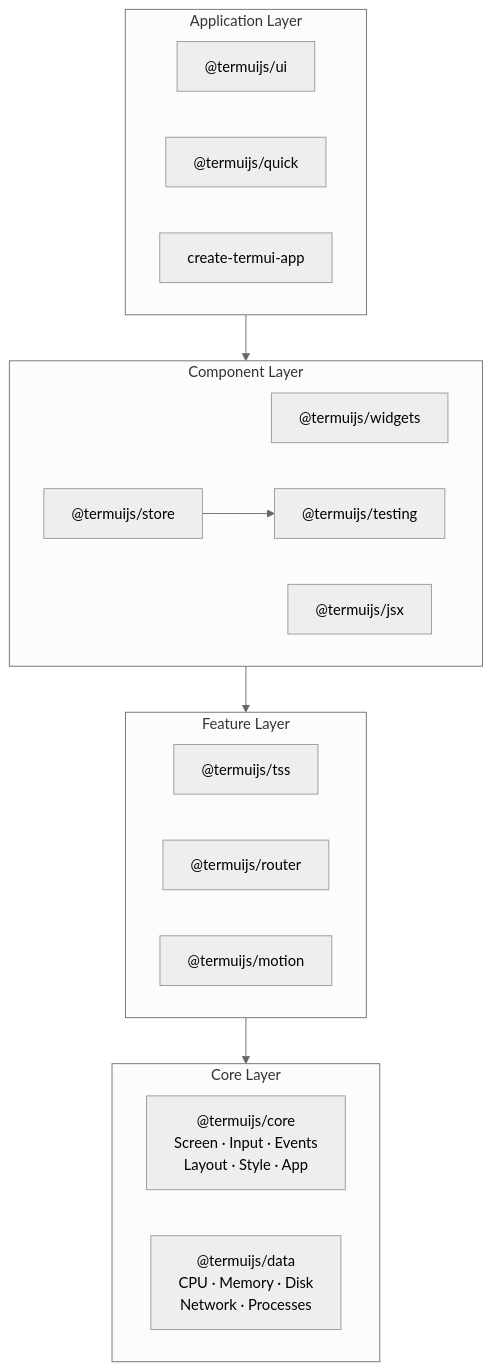
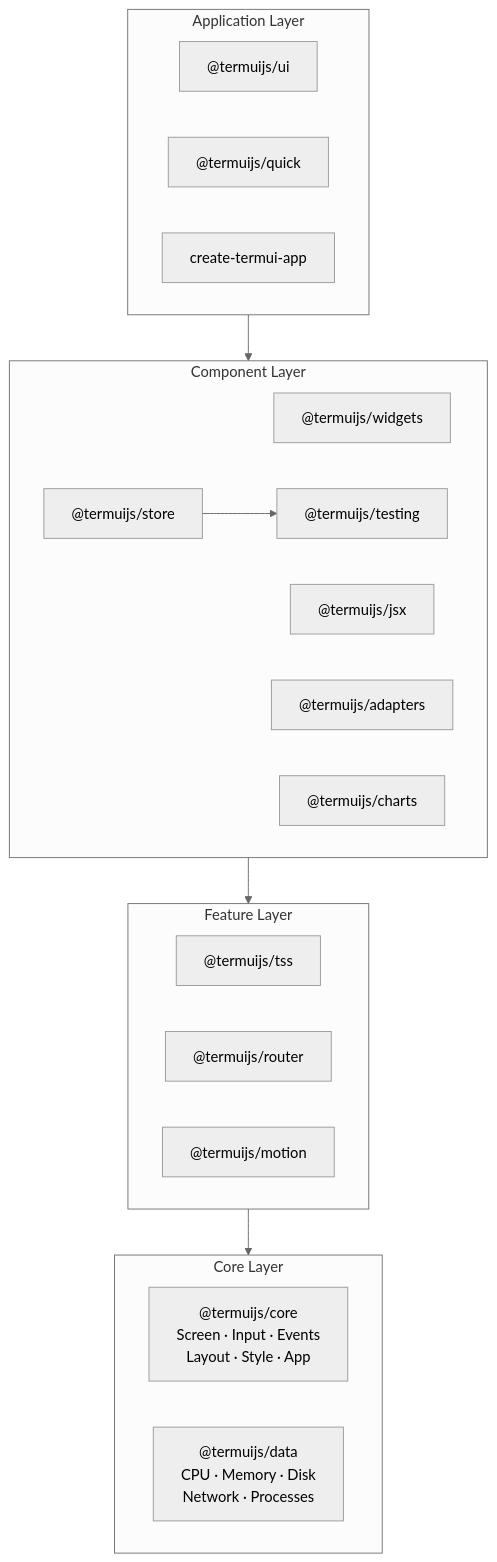
One commit to Karanjot786/TermUI_Docs changed the diagram in public/docs/getting-started/architecture.md. Above: the diagram before and after it, drawn with Mermaid (neutral theme). The commit also changed other lines of this file and 39 other files, not shown here.

````diff
--- a/public/docs/getting-started/architecture.md
+++ b/public/docs/getting-started/architecture.md
@@ -13,27 +13,29 @@
 ```mermaid
 graph TB
   subgraph L0["Application Layer"]
     ui["@termuijs/ui"]
     quick["@termuijs/quick"]
     create["create-termui-app"]
   end
   subgraph L1["Component Layer"]
     widgets["@termuijs/widgets"]
     jsx["@termuijs/jsx"]
     store["@termuijs/store"]
     testing["@termuijs/testing"]
+    adapters["@termuijs/adapters"]
+    charts["@termuijs/charts"]
     store --> testing
   end
   subgraph L2["Feature Layer"]
     tss["@termuijs/tss"]
     router["@termuijs/router"]
     motion["@termuijs/motion"]
   end
   subgraph L3["Core Layer"]
     core["@termuijs/core\nScreen · Input · Events\nLayout · Style · App"]
     data["@termuijs/data\nCPU · Memory · Disk\nNetwork · Processes"]
   end
   L0 --> L1
   L1 --> L2
   L2 --> L3
 ```
````
